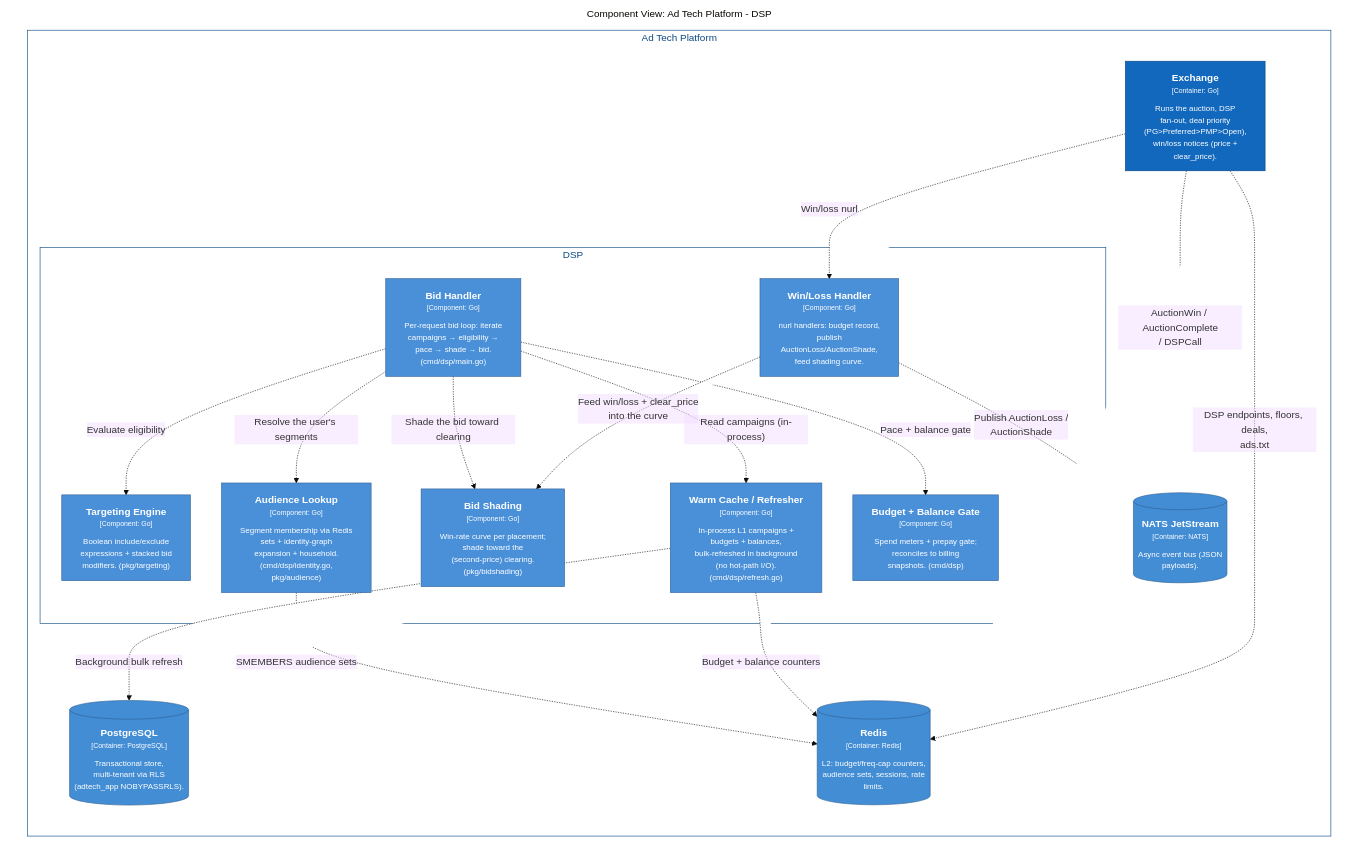
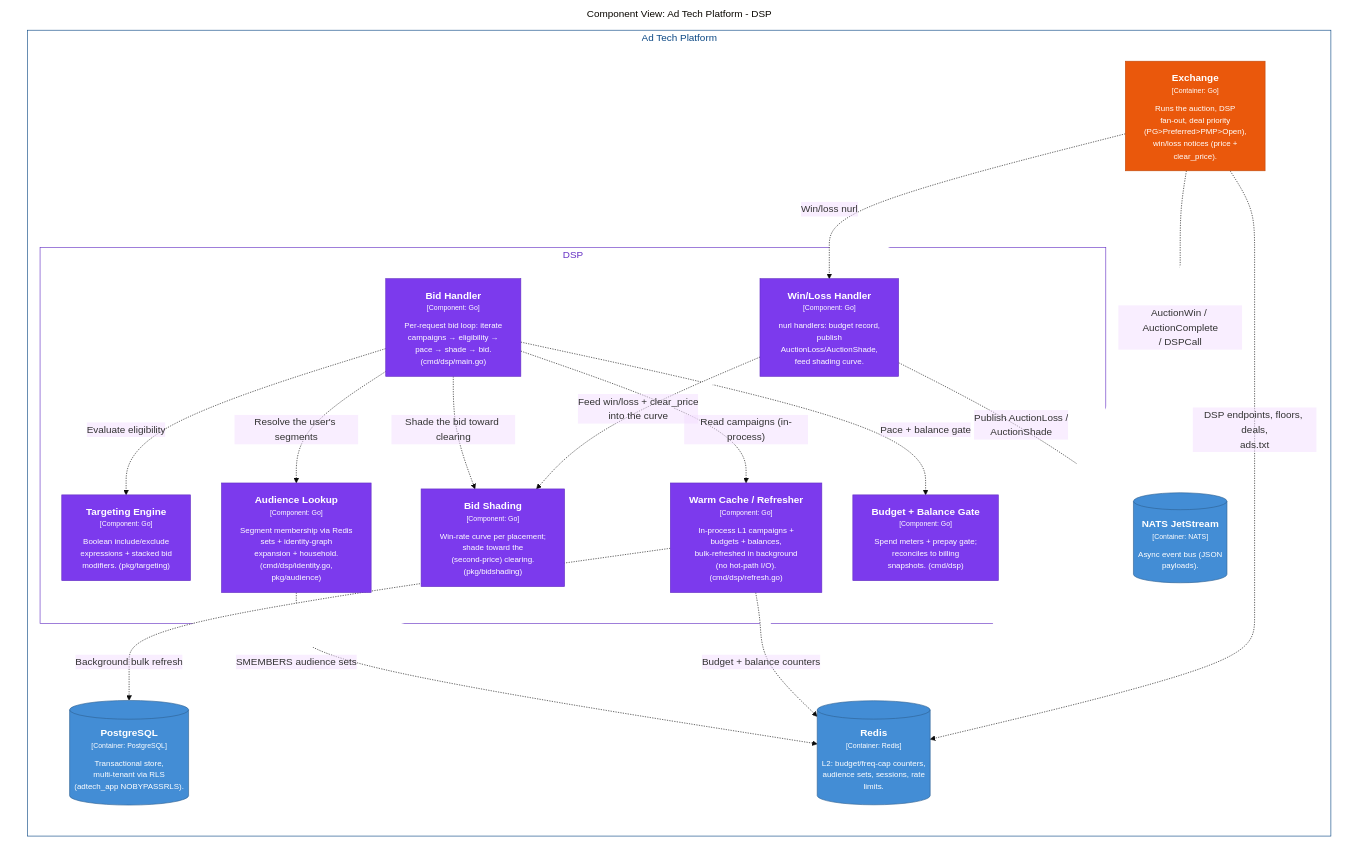
The diagram in web/static/diagrams/structurizr-DSP-Components.md (MichaelJohnWatters/ad-tech-mono), drawn with Mermaid (base theme) before and after one commit. The commit also changed 19 other files, not shown here.

````diff
--- a/web/static/diagrams/structurizr-DSP-Components.md
+++ b/web/static/diagrams/structurizr-DSP-Components.md
@@ -1,55 +1,55 @@
 ```mermaid
 graph LR
   linkStyle default fill:#ffffff
 
   subgraph diagram ["Component View: Ad Tech Platform - DSP"]
     style diagram fill:#ffffff,stroke:#ffffff
 
     subgraph 9 ["Ad Tech Platform"]
       style 9 fill:#ffffff,stroke:#0b4884,color:#0b4884
 
       subgraph 36 ["DSP"]
-        style 36 fill:#ffffff,stroke:#0b4884,color:#0b4884
+        style 36 fill:#ffffff,stroke:#6530c4,color:#6530c4
 
         37["<div style='font-weight: bold'>Bid Handler</div><div style='font-size: 70%; margin-top: 0px'>[Component: Go]</div><div style='font-size: 80%; margin-top:10px'>Per-request bid loop: iterate<br />campaigns → eligibility →<br />pace → shade → bid.<br />(cmd/dsp/main.go)</div>"]
-        style 37 fill:#4a90d9,stroke:#336497,color:#ffffff
+        style 37 fill:#7c3aed,stroke:#6530c4,color:#ffffff
         38["<div style='font-weight: bold'>Targeting Engine</div><div style='font-size: 70%; margin-top: 0px'>[Component: Go]</div><div style='font-size: 80%; margin-top:10px'>Boolean include/exclude<br />expressions + stacked bid<br />modifiers. (pkg/targeting)</div>"]
-        style 38 fill:#4a90d9,stroke:#336497,color:#ffffff
+        style 38 fill:#7c3aed,stroke:#6530c4,color:#ffffff
         39["<div style='font-weight: bold'>Audience Lookup</div><div style='font-size: 70%; margin-top: 0px'>[Component: Go]</div><div style='font-size: 80%; margin-top:10px'>Segment membership via Redis<br />sets + identity-graph<br />expansion + household.<br />(cmd/dsp/identity.go,<br />pkg/audience)</div>"]
-        style 39 fill:#4a90d9,stroke:#336497,color:#ffffff
+        style 39 fill:#7c3aed,stroke:#6530c4,color:#ffffff
         40["<div style='font-weight: bold'>Bid Shading</div><div style='font-size: 70%; margin-top: 0px'>[Component: Go]</div><div style='font-size: 80%; margin-top:10px'>Win-rate curve per placement;<br />shade toward the<br />(second-price) clearing.<br />(pkg/bidshading)</div>"]
-        style 40 fill:#4a90d9,stroke:#336497,color:#ffffff
+        style 40 fill:#7c3aed,stroke:#6530c4,color:#ffffff
         41["<div style='font-weight: bold'>Warm Cache / Refresher</div><div style='font-size: 70%; margin-top: 0px'>[Component: Go]</div><div style='font-size: 80%; margin-top:10px'>In-process L1 campaigns +<br />budgets + balances,<br />bulk-refreshed in background<br />(no hot-path I/O).<br />(cmd/dsp/refresh.go)</div>"]
-        style 41 fill:#4a90d9,stroke:#336497,color:#ffffff
+        style 41 fill:#7c3aed,stroke:#6530c4,color:#ffffff
         42["<div style='font-weight: bold'>Budget + Balance Gate</div><div style='font-size: 70%; margin-top: 0px'>[Component: Go]</div><div style='font-size: 80%; margin-top:10px'>Spend meters + prepay gate;<br />reconciles to billing<br />snapshots. (cmd/dsp)</div>"]
-        style 42 fill:#4a90d9,stroke:#336497,color:#ffffff
+        style 42 fill:#7c3aed,stroke:#6530c4,color:#ffffff
         43["<div style='font-weight: bold'>Win/Loss Handler</div><div style='font-size: 70%; margin-top: 0px'>[Component: Go]</div><div style='font-size: 80%; margin-top:10px'>nurl handlers: budget record,<br />publish<br />AuctionLoss/AuctionShade,<br />feed shading curve.</div>"]
-        style 43 fill:#4a90d9,stroke:#336497,color:#ffffff
+        style 43 fill:#7c3aed,stroke:#6530c4,color:#ffffff
       end
 
       145[("<div style='font-weight: bold'>PostgreSQL</div><div style='font-size: 70%; margin-top: 0px'>[Container: PostgreSQL]</div><div style='font-size: 80%; margin-top:10px'>Transactional store,<br />multi-tenant via RLS<br />(adtech_app NOBYPASSRLS).</div>")]
       style 145 fill:#438dd5,stroke:#2e6295,color:#ffffff
       146[("<div style='font-weight: bold'>Redis</div><div style='font-size: 70%; margin-top: 0px'>[Container: Redis]</div><div style='font-size: 80%; margin-top:10px'>L2: budget/freq-cap counters,<br />audience sets, sessions, rate<br />limits.</div>")]
       style 146 fill:#438dd5,stroke:#2e6295,color:#ffffff
       148[("<div style='font-weight: bold'>NATS JetStream</div><div style='font-size: 70%; margin-top: 0px'>[Container: NATS]</div><div style='font-size: 80%; margin-top:10px'>Async event bus (JSON<br />payloads).</div>")]
       style 148 fill:#438dd5,stroke:#2e6295,color:#ffffff
       27["<div style='font-weight: bold'>Exchange</div><div style='font-size: 70%; margin-top: 0px'>[Container: Go]</div><div style='font-size: 80%; margin-top:10px'>Runs the auction, DSP<br />fan-out, deal priority<br />(PG>Preferred>PMP>Open),<br />win/loss notices (price +<br />clear_price).</div>"]
-      style 27 fill:#1168bd,stroke:#0b4884,color:#ffffff
+      style 27 fill:#ea580c,stroke:#c2490a,color:#ffffff
     end
 
     27-. "<div>AuctionWin / AuctionComplete<br />/ DSPCall</div><div style='font-size: 70%'></div>" .->148
     37-. "<div>Evaluate eligibility</div><div style='font-size: 70%'></div>" .->38
     37-. "<div>Resolve the user's segments</div><div style='font-size: 70%'></div>" .->39
     37-. "<div>Shade the bid toward clearing</div><div style='font-size: 70%'></div>" .->40
     37-. "<div>Pace + balance gate</div><div style='font-size: 70%'></div>" .->42
     37-. "<div>Read campaigns (in-process)</div><div style='font-size: 70%'></div>" .->41
     39-. "<div>SMEMBERS audience sets</div><div style='font-size: 70%'></div>" .->146
     41-. "<div>Background bulk refresh</div><div style='font-size: 70%'></div>" .->145
     41-. "<div>Budget + balance counters</div><div style='font-size: 70%'></div>" .->146
     43-. "<div>Publish AuctionLoss /<br />AuctionShade</div><div style='font-size: 70%'></div>" .->148
     43-. "<div>Feed win/loss + clear_price<br />into the curve</div><div style='font-size: 70%'></div>" .->40
     27-. "<div>Win/loss nurl</div><div style='font-size: 70%'></div>" .->43
     27-. "<div>DSP endpoints, floors, deals,<br />ads.txt</div><div style='font-size: 70%'></div>" .->146
 
   end
 ```
````
